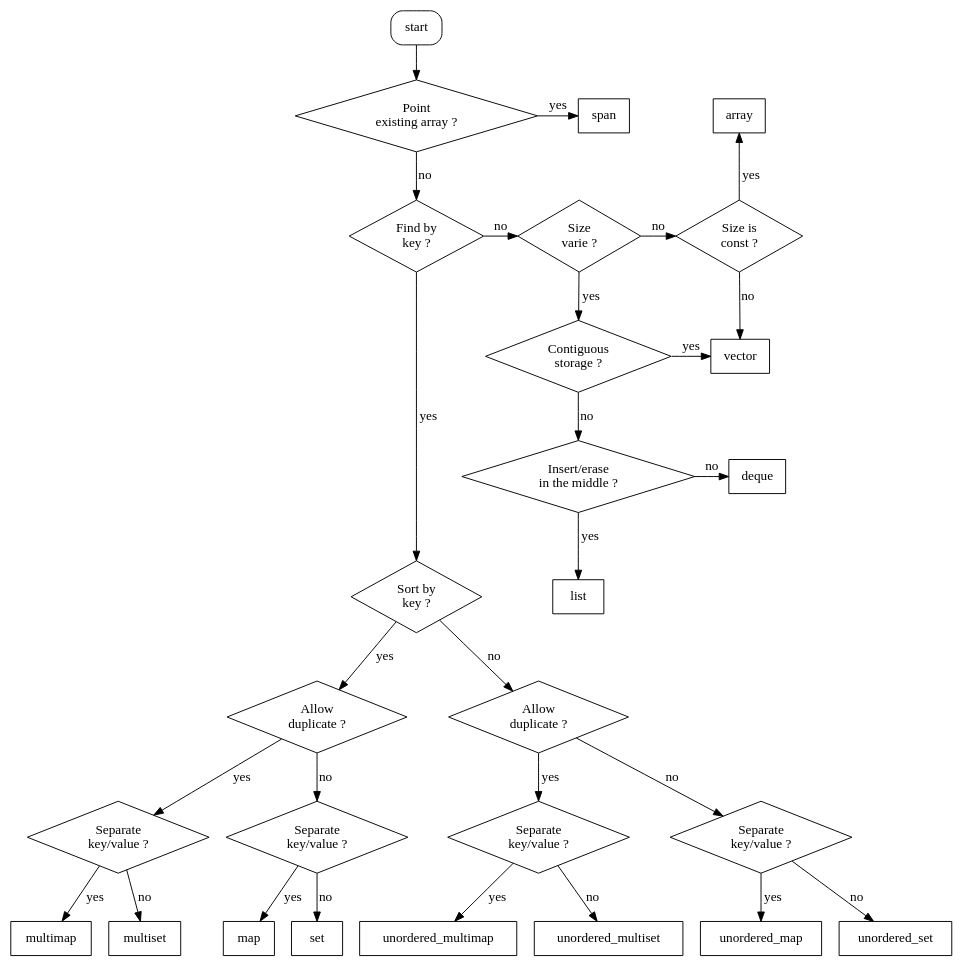
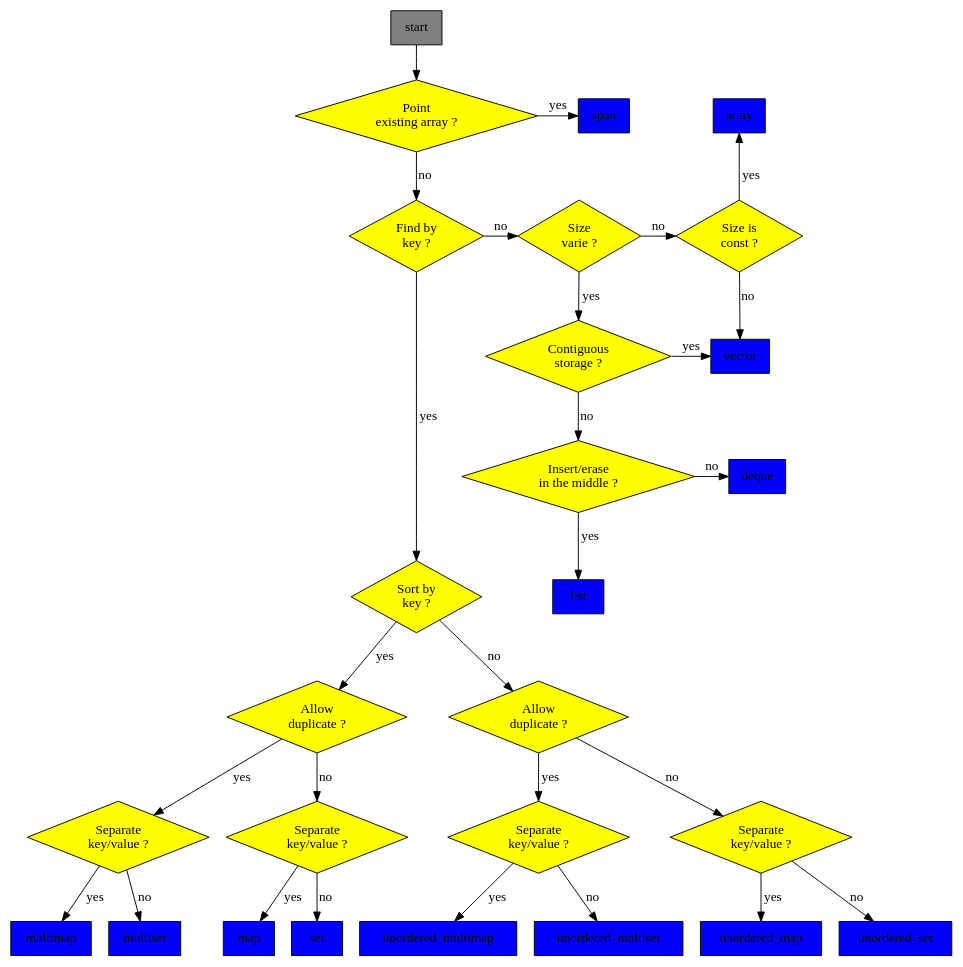
One commit to alexdesaint/CppContainersFlowchart changed the diagram in flowchart.dot. Above: the diagram before and after it, drawn with Graphviz. The commit also changed 1 other file, not shown here.

```diff
--- a/flowchart.dot
+++ b/flowchart.dot
@@ -1,81 +1,81 @@
 digraph G {
-    start[shape=box, style=rounded];
+    start[shape=box, style=rounded, style=filled, fillcolor=gray];
     
     //{rank = same; fbk; pea; start; sv; sc; array;}
     {rank = same; pea; span; array}
-    pea[shape=diamond, label="Point\nexisting array ?"]
+    pea[shape=diamond, label="Point\nexisting array ?", style=filled, fillcolor=yellow]
     
     //{rank = same; fbk; sbk;}
-    fbk[shape=diamond, label="Find by\nkey ?"];
+    fbk[shape=diamond, label="Find by\nkey ?", style=filled, fillcolor=yellow];
     
     {rank = same; sbk; list;}
-    sbk[shape=diamond, label="Sort by\nkey ?"];
+    sbk[shape=diamond, label="Sort by\nkey ?", style=filled, fillcolor=yellow];
     
     {rank = same; ncs; vector;}
-    ncs[shape=diamond, label="Contiguous\nstorage ?"];
+    ncs[shape=diamond, label="Contiguous\nstorage ?", style=filled, fillcolor=yellow];
     
     {rank = same; fbk; sv; sc}
-    sv[shape=diamond, label="Size\nvarie ?"];
-    sc[shape=diamond, label="Size is\nconst ?"];
+    sv[shape=diamond, label="Size\nvarie ?", style=filled, fillcolor=yellow];
+    sc[shape=diamond, label="Size is\nconst ?", style=filled, fillcolor=yellow];
     
     {rank = same; ieim; deque;}
-    ieim[shape=diamond, label="Insert/erase\nin the middle ?"];
+    ieim[shape=diamond, label="Insert/erase\nin the middle ?", style=filled, fillcolor=yellow];
     
-    ad1[shape=diamond, label="Allow\nduplicate ?"];
-    ad2[shape=diamond, label="Allow\nduplicate ?"];
-    skv11[shape=diamond, label="Separate\nkey/value ?"];
-    skv12[shape=diamond, label="Separate\nkey/value ?"];
-    skv21[shape=diamond, label="Separate\nkey/value ?"];
-    skv22[shape=diamond, label="Separate\nkey/value ?"];
+    ad1[shape=diamond, label="Allow\nduplicate ?", style=filled, fillcolor=yellow];
+    ad2[shape=diamond, label="Allow\nduplicate ?", style=filled, fillcolor=yellow];
+    skv11[shape=diamond, label="Separate\nkey/value ?", style=filled, fillcolor=yellow];
+    skv12[shape=diamond, label="Separate\nkey/value ?", style=filled, fillcolor=yellow];
+    skv21[shape=diamond, label="Separate\nkey/value ?", style=filled, fillcolor=yellow];
+    skv22[shape=diamond, label="Separate\nkey/value ?", style=filled, fillcolor=yellow];
     
     ad1 -> skv11[label="yes"];
     ad1 -> skv12[label="no"];
     ad2 -> skv21[label="yes"];
     ad2 -> skv22[label="no"];
     
     skv11 -> multimap[label="yes"];
     skv11 -> multiset[label="no"];
     skv12 -> map[label="yes"];
     skv12 -> set[label="no"];
     skv21 -> unordered_multimap[label="yes"];
     skv21 -> unordered_multiset[label="no"];
     skv22 -> unordered_map[label="yes"];
     skv22 -> unordered_set[label="no"];
     
-    vector[shape=box];
-    array[shape=box];
-    list[shape=box];
-    deque[shape=box];
-    span[shape=box];
-    map[shape=box];
-    set[shape=box];
-    multimap[shape=box];
-    multiset[shape=box];
-    unordered_map[shape=box];
-    unordered_set[shape=box];
-    unordered_multimap[shape=box];
-    unordered_multiset[shape=box];
+    vector[shape=box, style=filled, fillcolor=blue];
+    array[shape=box, style=filled, fillcolor=blue];
+    list[shape=box, style=filled, fillcolor=blue];
+    deque[shape=box, style=filled, fillcolor=blue];
+    span[shape=box, style=filled, fillcolor=blue];
+    map[shape=box, style=filled, fillcolor=blue];
+    set[shape=box, style=filled, fillcolor=blue];
+    multimap[shape=box, style=filled, fillcolor=blue];
+    multiset[shape=box, style=filled, fillcolor=blue];
+    unordered_map[shape=box, style=filled, fillcolor=blue];
+    unordered_set[shape=box, style=filled, fillcolor=blue];
+    unordered_multimap[shape=box, style=filled, fillcolor=blue];
+    unordered_multiset[shape=box, style=filled, fillcolor=blue];
     
     start -> pea;
     
     pea -> span[label="yes"];
     pea -> fbk[label="no"];
     
     fbk -> sbk[label="yes"];
     fbk -> sv[label="no"];
     
     sv -> ncs[label="yes"];
     sv -> sc[label="no"];
     
     ncs -> vector[label="yes"];
     ncs -> ieim[label="no"];
     
     ieim -> list[label="yes"];
     ieim -> deque[label="no"];
     
     sc -> array[label="yes"];
     sc -> vector[label="no"];
     
     sbk -> ad1[label="yes"];
     sbk -> ad2[label="no"];
 }
```
